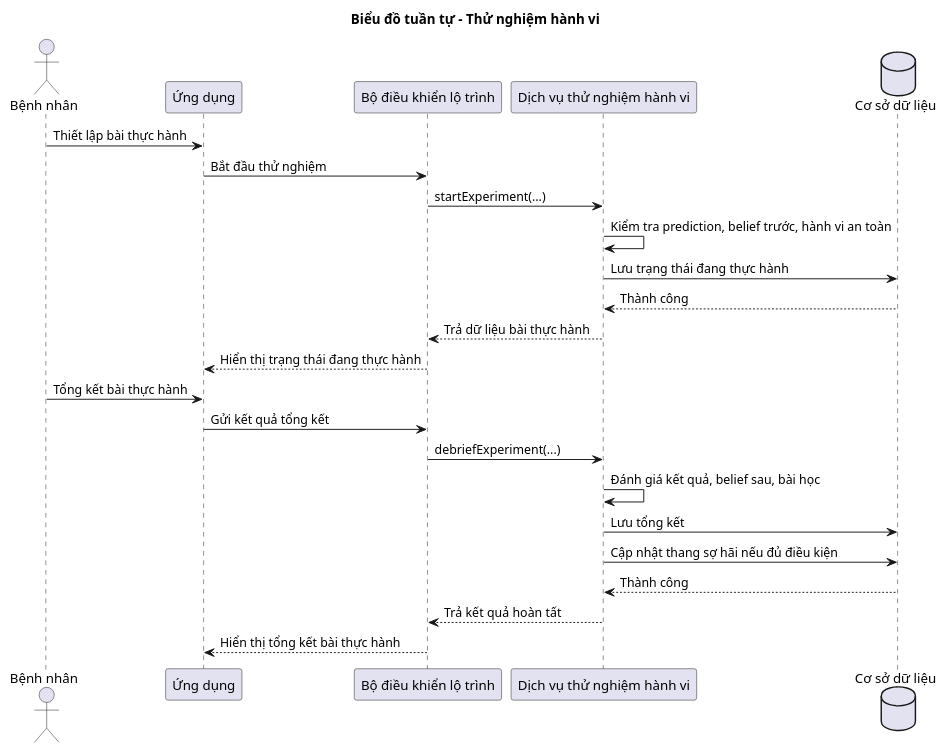
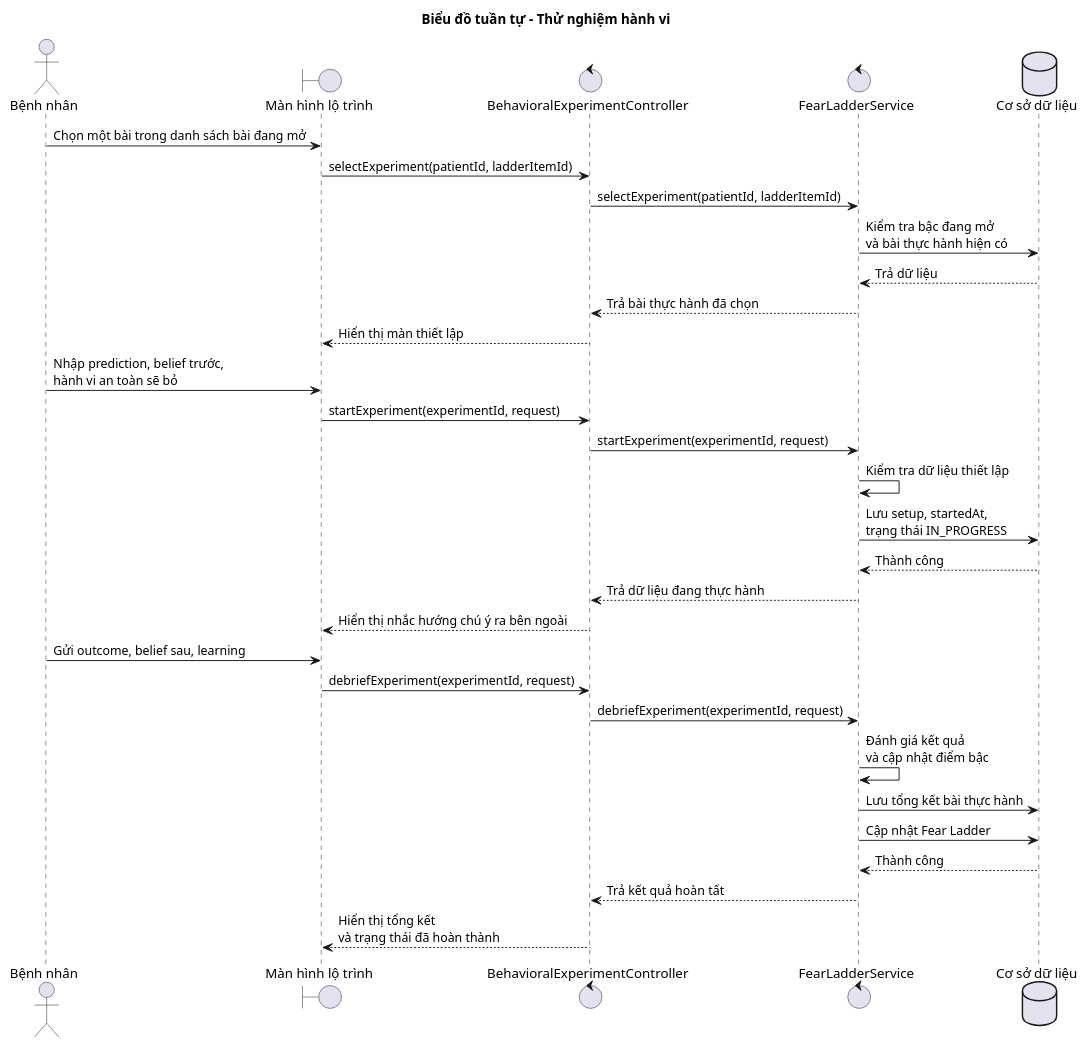
Before and after one commit to phuongtech24/do_an: the diagram in docs/diagrams/Bieudotuantu/behavioral_experiment_sequence.puml, drawn with PlantUML. The commit also changed 18 other files, not shown here.

```diff
--- a/docs/diagrams/Bieudotuantu/behavioral_experiment_sequence.puml
+++ b/docs/diagrams/Bieudotuantu/behavioral_experiment_sequence.puml
@@ -1,29 +1,37 @@
 @startuml
 title Biểu đồ tuần tự - Thử nghiệm hành vi
 
 actor "Bệnh nhân" as Patient
-participant "Ứng dụng" as App
-participant "Bộ điều khiển lộ trình" as RoadmapController
-participant "Dịch vụ thử nghiệm hành vi" as BehavioralExperimentService
+boundary "Màn hình lộ trình" as RoadmapView
+control "BehavioralExperimentController" as BehavioralExperimentController
+control "FearLadderService" as FearLadderService
 database "Cơ sở dữ liệu" as DB
 
-Patient -> App : Thiết lập bài thực hành
-App -> RoadmapController : Bắt đầu thử nghiệm
-RoadmapController -> BehavioralExperimentService : startExperiment(...)
-BehavioralExperimentService -> BehavioralExperimentService : Kiểm tra prediction, belief trước, hành vi an toàn
-BehavioralExperimentService -> DB : Lưu trạng thái đang thực hành
-DB --> BehavioralExperimentService : Thành công
-BehavioralExperimentService --> RoadmapController : Trả dữ liệu bài thực hành
-RoadmapController --> App : Hiển thị trạng thái đang thực hành
+Patient -> RoadmapView : Chọn một bài trong danh sách bài đang mở
+RoadmapView -> BehavioralExperimentController : selectExperiment(patientId, ladderItemId)
+BehavioralExperimentController -> FearLadderService : selectExperiment(patientId, ladderItemId)
+FearLadderService -> DB : Kiểm tra bậc đang mở\nvà bài thực hành hiện có
+DB --> FearLadderService : Trả dữ liệu
+FearLadderService --> BehavioralExperimentController : Trả bài thực hành đã chọn
+BehavioralExperimentController --> RoadmapView : Hiển thị màn thiết lập
 
-Patient -> App : Tổng kết bài thực hành
-App -> RoadmapController : Gửi kết quả tổng kết
-RoadmapController -> BehavioralExperimentService : debriefExperiment(...)
-BehavioralExperimentService -> BehavioralExperimentService : Đánh giá kết quả, belief sau, bài học
-BehavioralExperimentService -> DB : Lưu tổng kết
-BehavioralExperimentService -> DB : Cập nhật thang sợ hãi nếu đủ điều kiện
-DB --> BehavioralExperimentService : Thành công
-BehavioralExperimentService --> RoadmapController : Trả kết quả hoàn tất
-RoadmapController --> App : Hiển thị tổng kết bài thực hành
+Patient -> RoadmapView : Nhập prediction, belief trước,\nhành vi an toàn sẽ bỏ
+RoadmapView -> BehavioralExperimentController : startExperiment(experimentId, request)
+BehavioralExperimentController -> FearLadderService : startExperiment(experimentId, request)
+FearLadderService -> FearLadderService : Kiểm tra dữ liệu thiết lập
+FearLadderService -> DB : Lưu setup, startedAt,\ntrạng thái IN_PROGRESS
+DB --> FearLadderService : Thành công
+FearLadderService --> BehavioralExperimentController : Trả dữ liệu đang thực hành
+BehavioralExperimentController --> RoadmapView : Hiển thị nhắc hướng chú ý ra bên ngoài
+
+Patient -> RoadmapView : Gửi outcome, belief sau, learning
+RoadmapView -> BehavioralExperimentController : debriefExperiment(experimentId, request)
+BehavioralExperimentController -> FearLadderService : debriefExperiment(experimentId, request)
+FearLadderService -> FearLadderService : Đánh giá kết quả\nvà cập nhật điểm bậc
+FearLadderService -> DB : Lưu tổng kết bài thực hành
+FearLadderService -> DB : Cập nhật Fear Ladder
+DB --> FearLadderService : Thành công
+FearLadderService --> BehavioralExperimentController : Trả kết quả hoàn tất
+BehavioralExperimentController --> RoadmapView : Hiển thị tổng kết\nvà trạng thái đã hoàn thành
 
 @enduml
```
